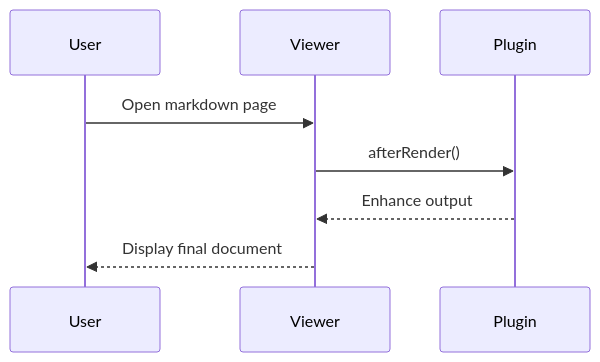
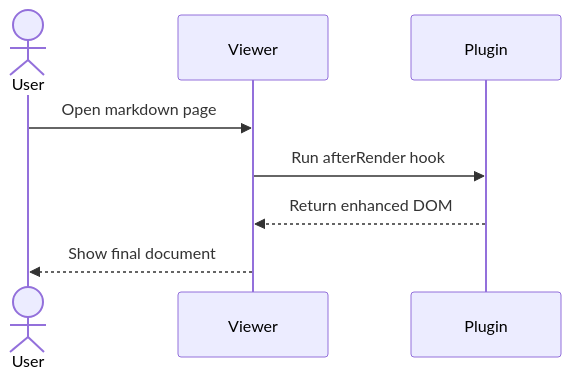
One commit to thaibalong7/markdown-viewer-chrome-extension changed the second of 3 diagrams in sample-test-markdown.md. Above: the diagram before and after it, drawn with Mermaid. The commit also changed other lines of this file and 3 other files, not shown here.

First line of the commit message:
fix: render mermaid diagrams and improve page visibility handling

````diff
--- a/sample-test-markdown.md
+++ b/sample-test-markdown.md
@@ -374,10 +374,10 @@
 ```mermaid
 sequenceDiagram
-  participant User
-  participant Viewer
-  participant Plugin
-  User->>Viewer: Open markdown page
-  Viewer->>Plugin: afterRender()
-  Plugin-->>Viewer: Enhance output
-  Viewer-->>User: Display final document
+  actor U as User
+  participant V as Viewer
+  participant P as Plugin
+  U->>V: Open markdown page
+  V->>P: Run afterRender hook
+  P-->>V: Return enhanced DOM
+  V-->>U: Show final document
 ```
````
